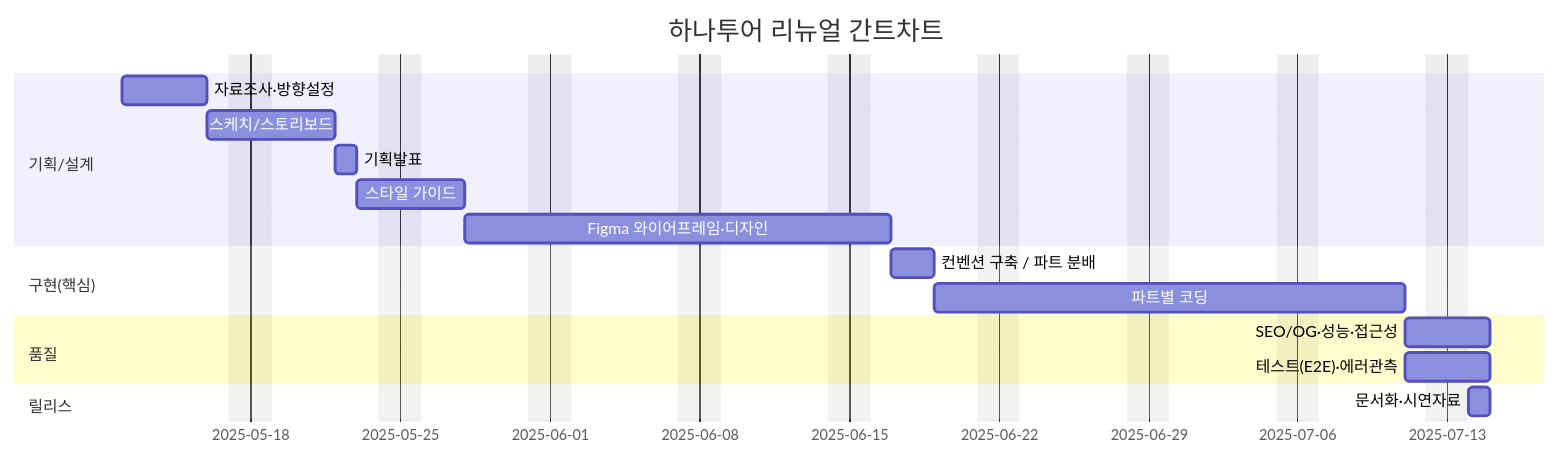
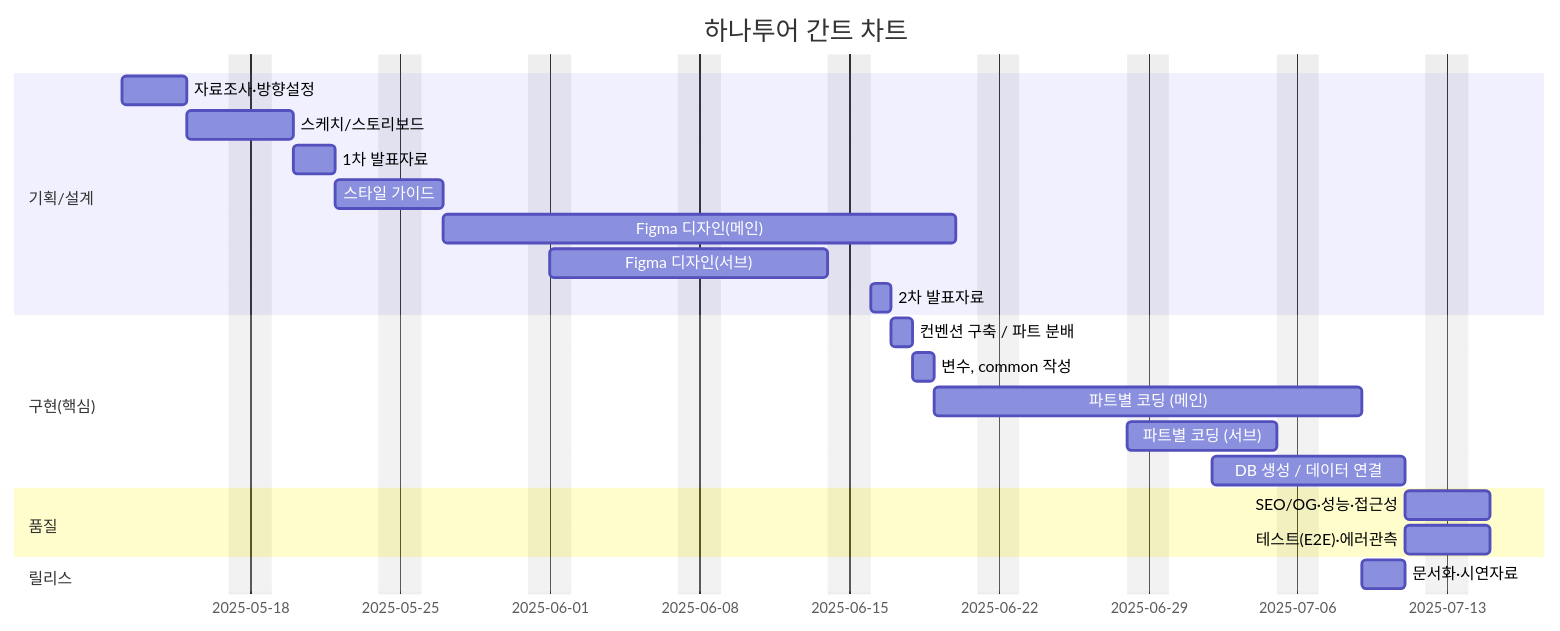
One commit to timcho19/Site_Renewal_Project_HanaTour changed the first of 3 diagrams in readMe.md. Above: the diagram before and after it, drawn with Mermaid. The commit also changed other lines of this file, not shown here.

````diff
--- a/readMe.md
+++ b/readMe.md
@@ -37,27 +80,33 @@
 ```mermaid
 gantt
-    title 하나투어 리뉴얼 간트차트
-    dateFormat  YYYY-MM-DD
+    title 하나투어 간트 차트
+    dateFormat  2025-07-14
     excludes    weekends
 
 
     section 기획/설계
-    자료조사·방향설정           :a1, 2025-05-12, 4d
-    스케치/스토리보드           :a2, after a1, 4d
-    기획발표                   :a3, after a2, 1d
+    자료조사·방향설정           :a1, 2025-05-12, 3d
+    스케치/스토리보드           :a2, after a1, 3d
+    1차 발표자료                   :a3, after a2, 2d
     스타일 가이드              :a4, after a3, 3d
-    Figma 와이어프레임·디자인        :a5, after a4, 14d
+    Figma 디자인(메인)        :a5, after a4, 18d
+    Figma 디자인(서브)        :a6, 2025-06-01, 11d
+    2차 발표자료              :a7, after a6, 1d
 
 
     section 구현(핵심)
-    컨벤션 구축 / 파트 분배     :b1, 2025-06-17, 2d
-    파트별 코딩           :b2, after b1, 16d
+    컨벤션 구축 / 파트 분배     :b1, 2025-06-17, 1d
+    변수, common 작성          :b2, after b1, 1d
+    파트별 코딩 (메인)          :b3, after b2, 14d
+    파트별 코딩 (서브)          :b4, 2025-06-28, 6d
+    DB 생성 / 데이터 연결       :b5, 2025-07-02, 7d
+
 
 
     section 품질
     SEO/OG·성능·접근성         :c1, 2025-07-11, 2d
     테스트(E2E)·에러관측       :c2, 2025-07-11, 2d
 
     section 릴리스
-    문서화·시연자료 :d1, 2025-07-14, 1d
+    문서화·시연자료 :d1, 2025-07-09, 2d
 ```
````
